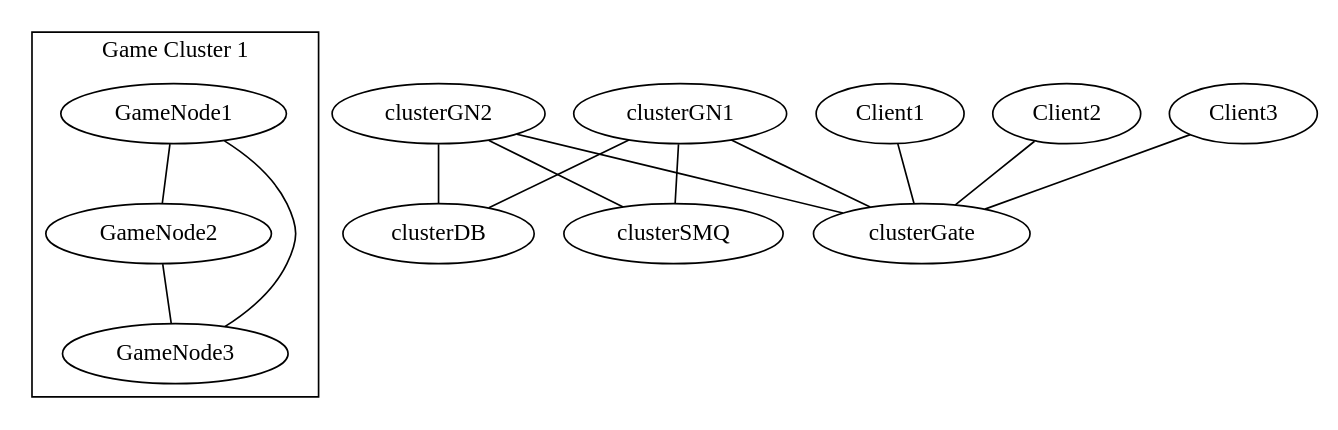
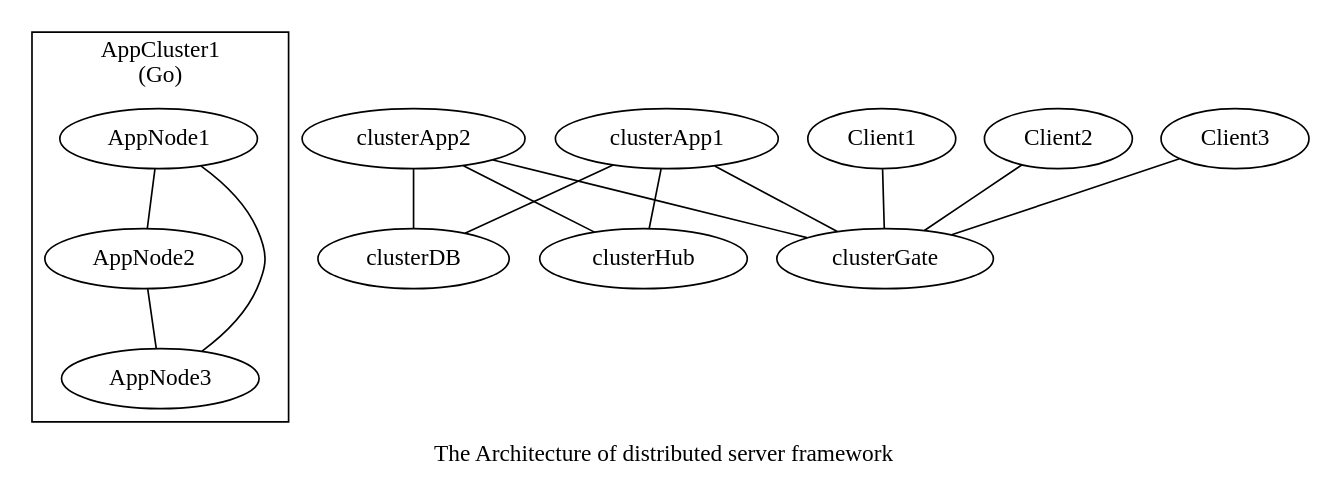
One commit to hycxa/gommo changed the diagram in doc/arch.dot. Above: the diagram before and after it, drawn with Graphviz.

Commit message:
arch 0.2

```diff
--- a/doc/arch.dot
+++ b/doc/arch.dot
@@ -1,50 +1,39 @@
 graph G {
-	//graph [label="The Architecture of golang distributed framework" fontsize=12];
+	graph [label="The Architecture of distributed server framework"];
 	//node [colorscheme=rdbu11 fontsize=12];
 	//edge [colorscheme=rdbu11 fontsize=12];
 
-	// CT = Center
-	// DC = DataCenter
-	// GN = GameNode
-	// G = Gate
-	// MQ = RabbitMQ
-	
 	subgraph clusterDB {
-		graph [label = "Database Cluster"]
-
-		//Mongodb1 -- Mongodb2
+		graph [label = "Database Cluster\n(MongoDB)"]
 	}
 
-	subgraph clusterSMQ {
-		graph [label = "Hub Cluster"]
-		//SMQ1 -- SMQ2 -- SMQ3 -- SMQ1
+	subgraph clusterHub {
+		graph [label = "Hub Cluster\n(RabbitMQ)"]
 	}
 
 	subgraph clusterGate {
-		graph [label = "Gate Cluster"]
-		//GMQ1 -- GMQ2 -- GMQ3 -- GMQ1
+		graph [label = "Gate Cluster\n(RabbitMQ)"]
 	}
 
-	subgraph clusterGN1 {
-		graph [label="Game Cluster 1"]
-		GameNode1 -- GameNode2 -- GameNode3 -- GameNode1
+	subgraph clusterApp1 {
+		graph [label="AppCluster1\n(Go)"]
+		AppNode1 -- AppNode2 -- AppNode3 -- AppNode1
 	}
 
-	subgraph clusterGN2 {
-		graph [label="Game Cluster 2"]
-		//GN21 -- GN22
+	subgraph clusterApp2 {
+		graph [label="AppCluster2\n(Go)"]
 	}
 
-	clusterGN1 -- clusterSMQ
-	clusterGN2 -- clusterSMQ
+	clusterApp1 -- clusterHub
+	clusterApp2 -- clusterHub
 
-	clusterGN1 -- clusterGate
-	clusterGN2 -- clusterGate
+	clusterApp1 -- clusterGate
+	clusterApp2 -- clusterGate
 
-	clusterGN1 -- clusterDB
-	clusterGN2 -- clusterDB
+	clusterApp1 -- clusterDB
+	clusterApp2 -- clusterDB
 
 	Client1 -- clusterGate
 	Client2 -- clusterGate
 	Client3 -- clusterGate
 }
```
